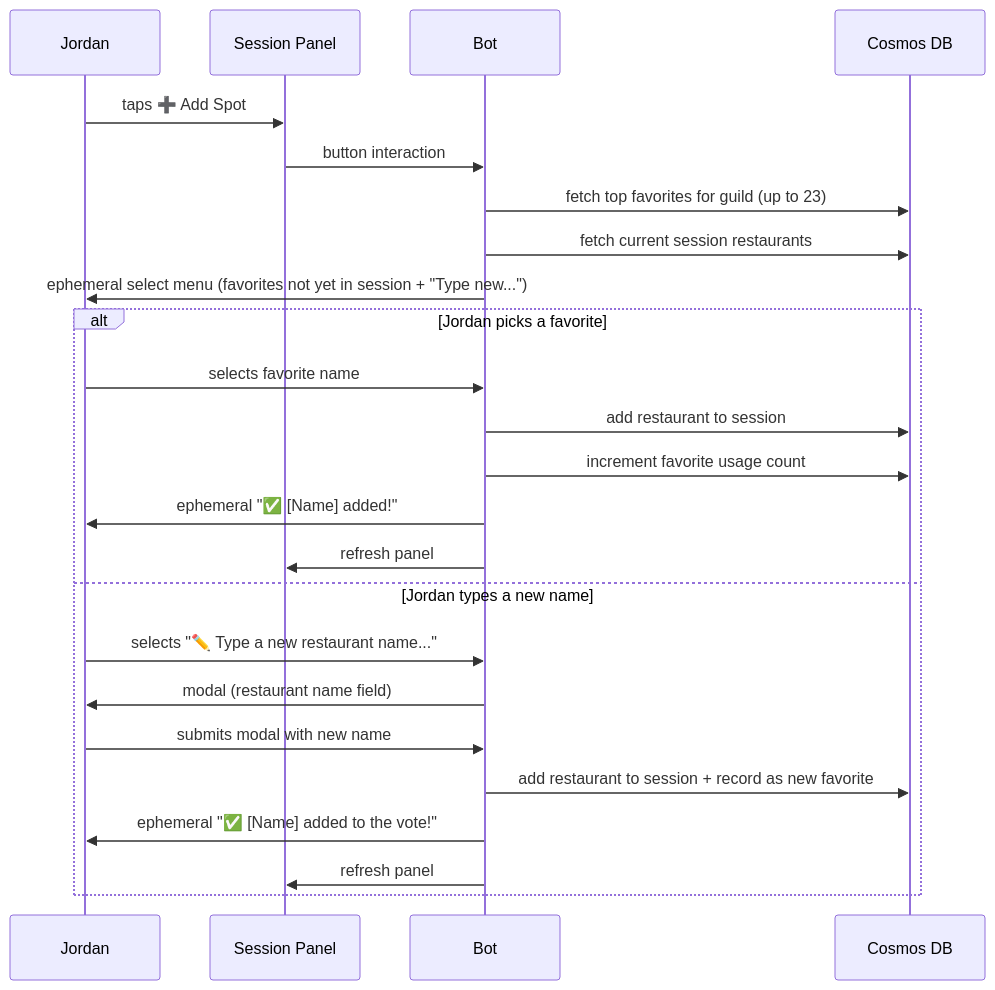
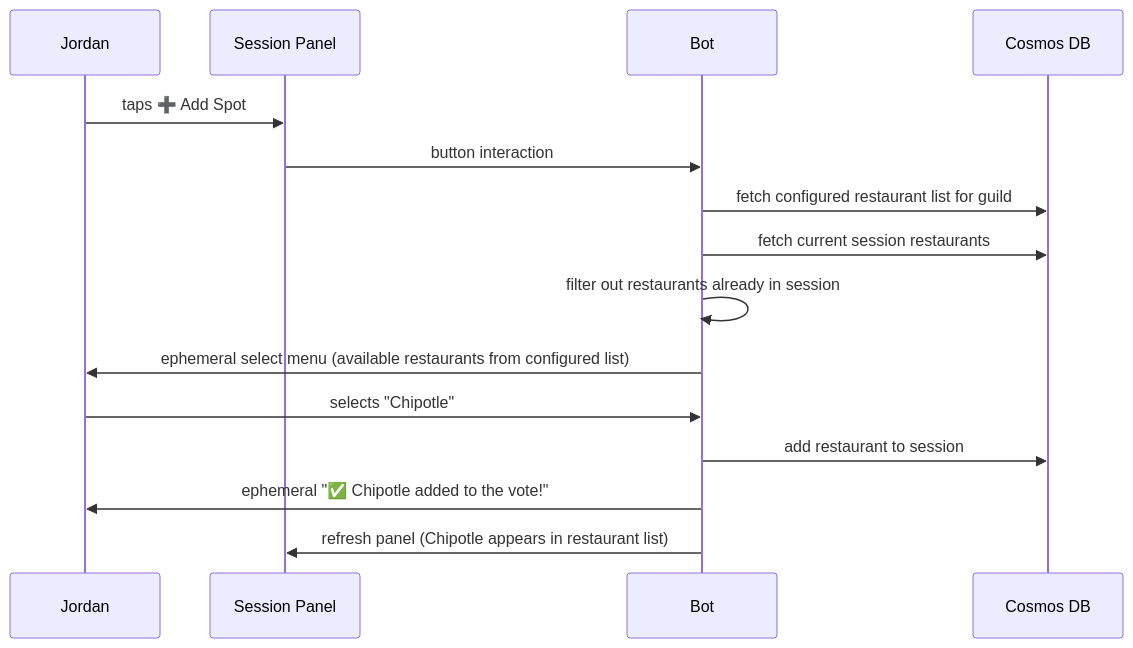
Before and after one commit to marlobello/munchassemble: the third of 10 diagrams in docs/user-journeys.md, drawn with Mermaid. The commit also changed other lines of this file and 3 other files, not shown here.

````diff
--- a/docs/user-journeys.md
+++ b/docs/user-journeys.md
@@ -78,28 +78,19 @@
 ```mermaid
 sequenceDiagram
     participant Jordan
     participant Panel as Session Panel
     participant Bot
     participant DB as Cosmos DB
 
     Jordan->>Panel: taps ➕ Add Spot
     Panel->>Bot: button interaction
-    Bot->>DB: fetch top favorites for guild (up to 23)
+    Bot->>DB: fetch configured restaurant list for guild
     Bot->>DB: fetch current session restaurants
-    Bot->>Jordan: ephemeral select menu (favorites not yet in session + "Type new...")
+    Bot->>Bot: filter out restaurants already in session
+    Bot->>Jordan: ephemeral select menu (available restaurants from configured list)
 
-    alt Jordan picks a favorite
-        Jordan->>Bot: selects favorite name
-        Bot->>DB: add restaurant to session
-        Bot->>DB: increment favorite usage count
-        Bot->>Jordan: ephemeral "✅ [Name] added!"
-        Bot->>Panel: refresh panel
-    else Jordan types a new name
-        Jordan->>Bot: selects "✏️ Type a new restaurant name..."
-        Bot->>Jordan: modal (restaurant name field)
-        Jordan->>Bot: submits modal with new name
-        Bot->>DB: add restaurant to session + record as new favorite
-        Bot->>Jordan: ephemeral "✅ [Name] added to the vote!"
-        Bot->>Panel: refresh panel
-    end
+    Jordan->>Bot: selects "Chipotle"
+    Bot->>DB: add restaurant to session
+    Bot->>Jordan: ephemeral "✅ Chipotle added to the vote!"
+    Bot->>Panel: refresh panel (Chipotle appears in restaurant list)
 ```
````
